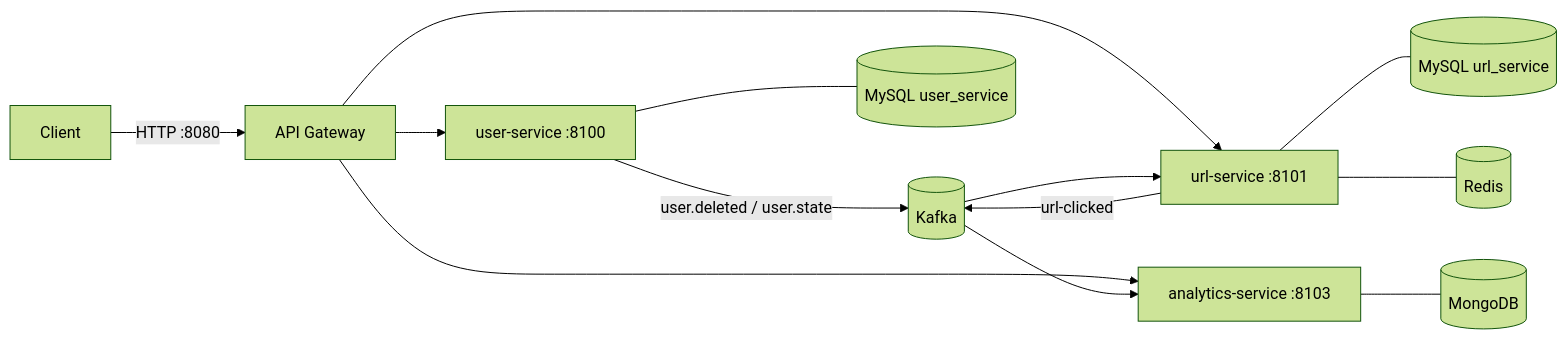
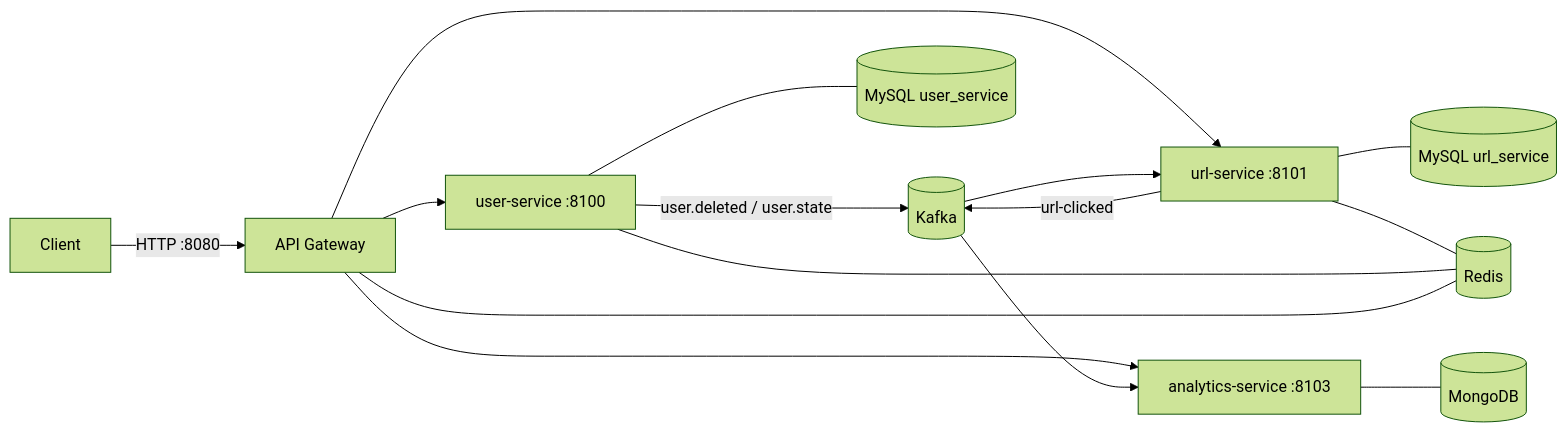
One commit to reonfernandes/scalable-url-shortener changed the diagram in README.md. Above: the diagram before and after it, drawn with Mermaid (forest theme). The commit also changed other lines of this file and 24 other files, not shown here.

````diff
--- a/README.md
+++ b/README.md
@@ -40,17 +40,19 @@
 ```mermaid
 flowchart LR
     Client -->|HTTP :8080| Gateway[API Gateway]
     Gateway --> User[user-service :8100]
     Gateway --> Url[url-service :8101]
     Gateway --> Analytics[analytics-service :8103]
 
     User -- user.deleted / user.state --> Kafka[(Kafka)]
     Url -- url-clicked --> Kafka
     Kafka --> Url
     Kafka --> Analytics
 
     User --- MySQL1[(MySQL user_service)]
     Url --- MySQL2[(MySQL url_service)]
     Url --- Redis[(Redis)]
+    User --- Redis
+    Gateway --- Redis
     Analytics --- Mongo[(MongoDB)]
 ```
````
